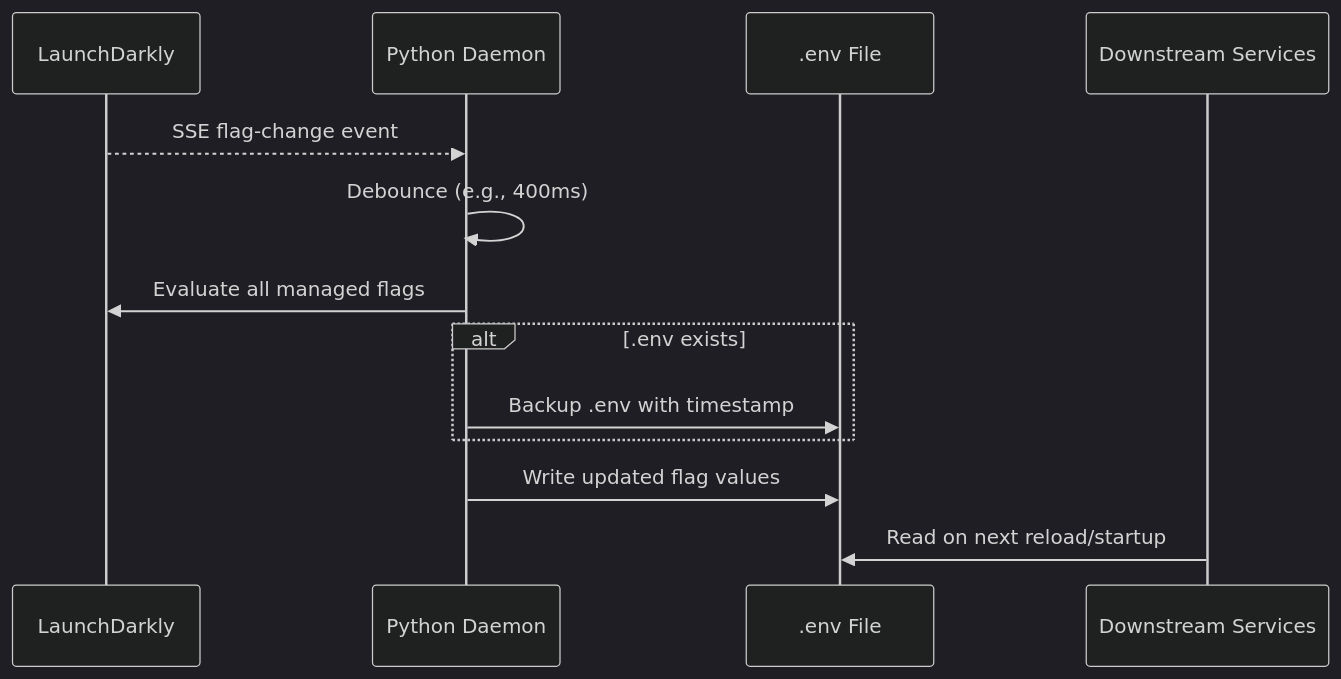
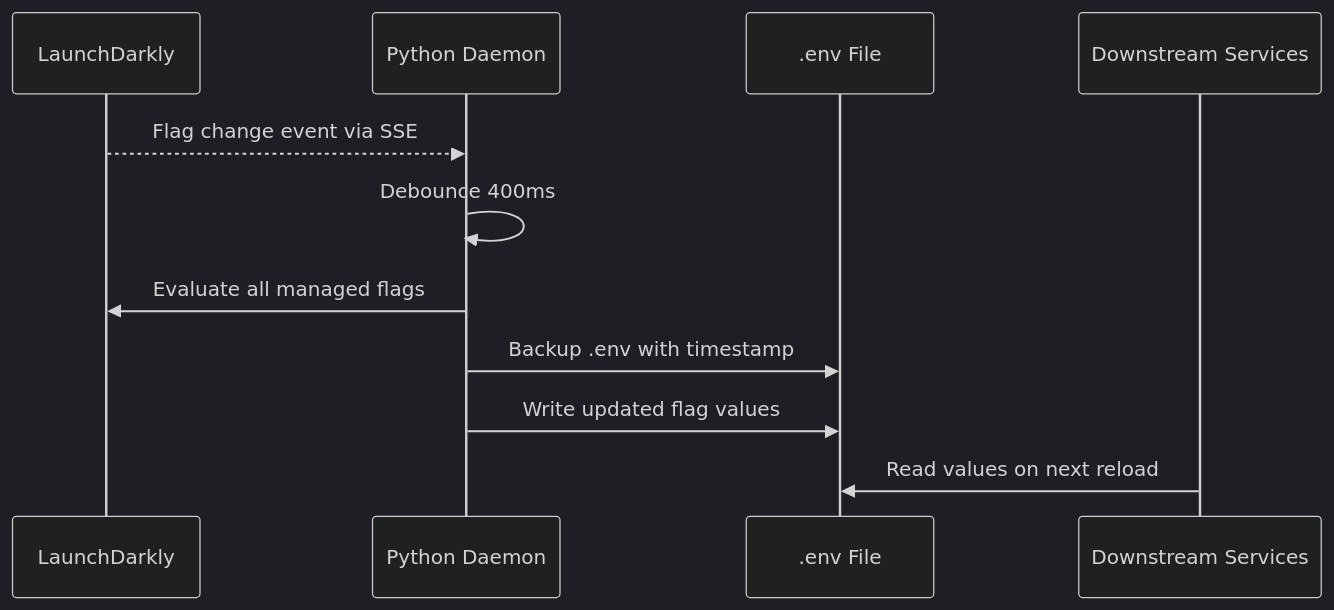
One commit to TanSiHao/infra-remote-config-daemon changed the third of 3 diagrams in README.md. Above: the diagram before and after it, drawn with Mermaid (dark theme). The commit also changed other lines of this file, not shown here.

Commit message:
docs: simplify Mermaid sequence syntax to fix parsing errors

````diff
--- a/README.md
+++ b/README.md
@@ -106,15 +104,13 @@
 ```mermaid
 sequenceDiagram
   participant LD as LaunchDarkly
   participant D as Python Daemon
   participant F as .env File
   participant Apps as Downstream Services
-  LD-->>D: SSE flag-change event
-  D->>D: Debounce (e.g., 400ms)
+  LD-->>D: Flag change event via SSE
+  D->>D: Debounce 400ms
   D->>LD: Evaluate all managed flags
-  alt .env exists
-    D->>F: Backup .env with timestamp
-  end
+  D->>F: Backup .env with timestamp
   D->>F: Write updated flag values
-  Apps->>F: Read on next reload/startup
+  Apps->>F: Read values on next reload
 ```
````
